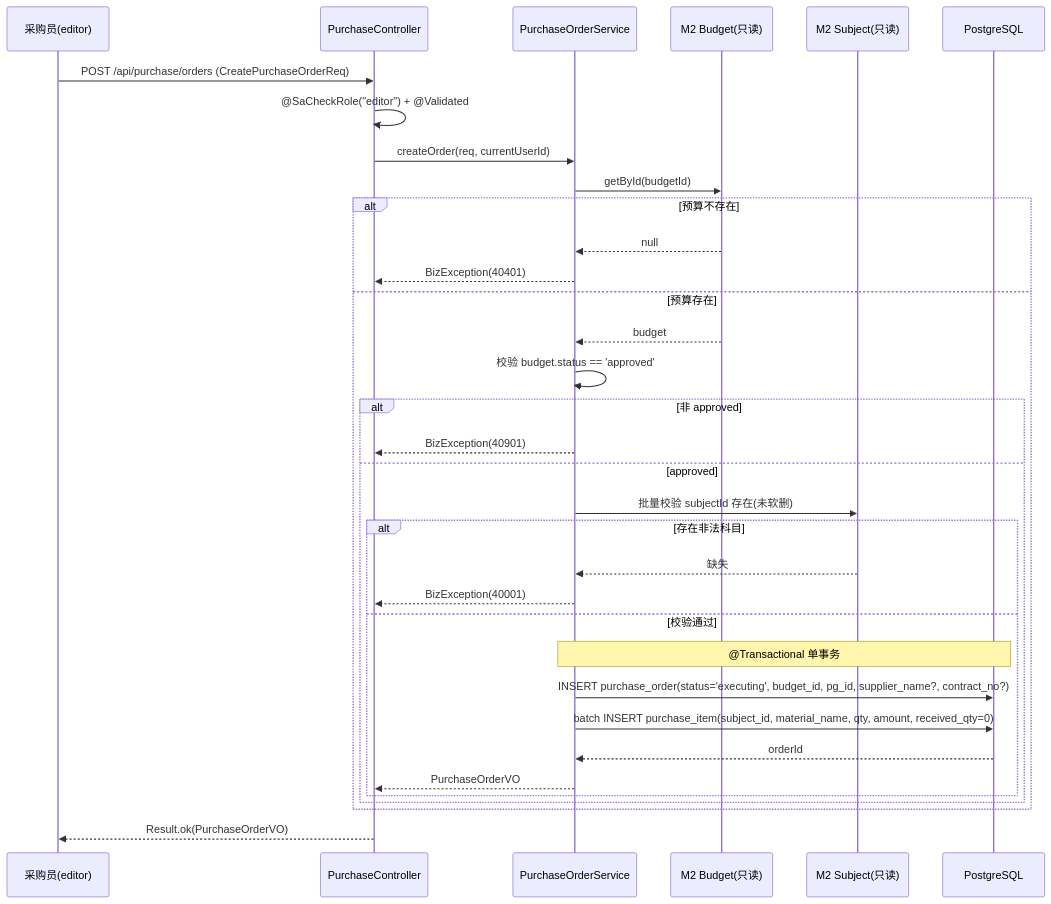
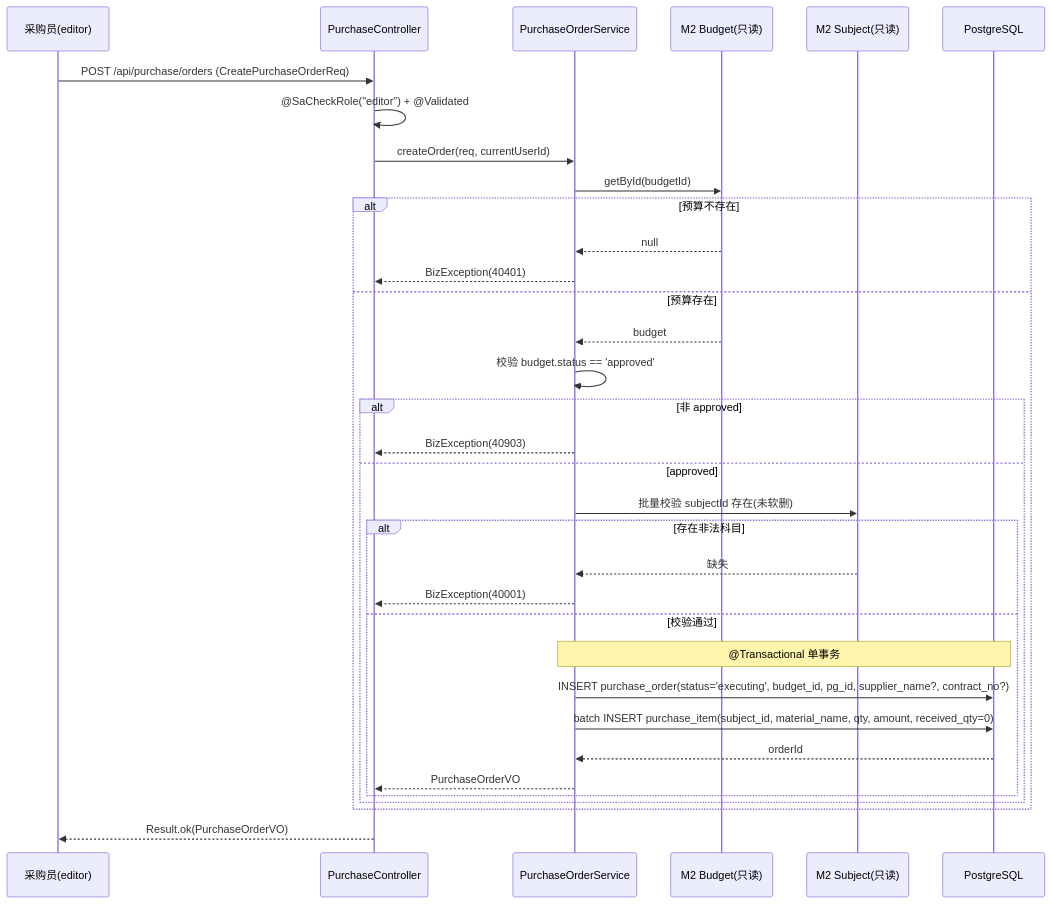
One commit to jamesking-sys/purchase changed the first of 3 diagrams in docs/design/detail/U8-purchase-execute.md. Above: the diagram before and after it, drawn with Mermaid. The commit also changed other lines of this file and 172 other files, not shown here.

````diff
--- a/docs/design/detail/U8-purchase-execute.md
+++ b/docs/design/detail/U8-purchase-execute.md
@@ -48,36 +48,36 @@
 ```mermaid
 sequenceDiagram
     participant U as 采购员(editor)
     participant C as PurchaseController
     participant S as PurchaseOrderService
     participant BM as M2 Budget(只读)
     participant SM as M2 Subject(只读)
     participant DB as PostgreSQL
     U->>C: POST /api/purchase/orders (CreatePurchaseOrderReq)
     C->>C: @SaCheckRole("editor") + @Validated
     C->>S: createOrder(req, currentUserId)
     S->>BM: getById(budgetId)
     alt 预算不存在
         BM-->>S: null
         S-->>C: BizException(40401)
     else 预算存在
         BM-->>S: budget
         S->>S: 校验 budget.status == 'approved'
         alt 非 approved
-            S-->>C: BizException(40901)
+            S-->>C: BizException(40903)
         else approved
             S->>SM: 批量校验 subjectId 存在(未软删)
             alt 存在非法科目
                 SM-->>S: 缺失
                 S-->>C: BizException(40001)
             else 校验通过
                 Note over S,DB: @Transactional 单事务
                 S->>DB: INSERT purchase_order(status='executing', budget_id, pg_id, supplier_name?, contract_no?)
                 S->>DB: batch INSERT purchase_item(subject_id, material_name, qty, amount, received_qty=0)
                 DB-->>S: orderId
                 S-->>C: PurchaseOrderVO
             end
         end
     end
     C-->>U: Result.ok(PurchaseOrderVO)
 ```
````
